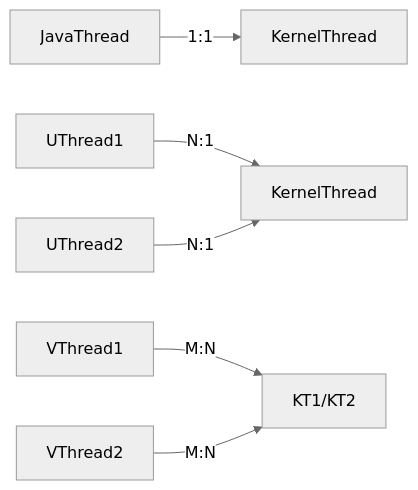
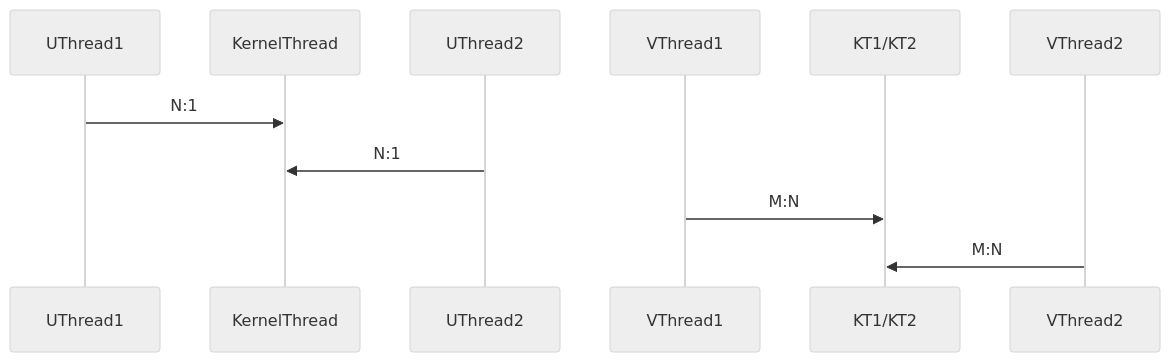
The second of 17 diagrams in _posts/java/2026-05-01-java-thread.md (yjkim2015/yjkim2015.github.io), drawn with Mermaid (neutral theme) before and after one commit. The commit also changed other lines of this file and 89 other files, not shown here.

First line of the commit message:
복잡한 flowchart 163개 → sequenceDiagram 변환 (90파일)

````diff
--- a/_posts/java/2026-05-01-java-thread.md
+++ b/_posts/java/2026-05-01-java-thread.md
@@ -49,6 +49,7 @@
 ```mermaid
-graph LR
-    T1["JavaThread"] -->|1:1| KT1["KernelThread"]
-    U1["UThread1"] & U2["UThread2"] -->|N:1| KU["KernelThread"]
-    VT1["VThread1"] & VT2["VThread2"] -->|M:N| KV["KT1/KT2"]
+sequenceDiagram
+    UThread1->>KernelThread: N:1
+    UThread2->>KernelThread: N:1
+    VThread1->>KT1/KT2: M:N
+    VThread2->>KT1/KT2: M:N
 ```
````
